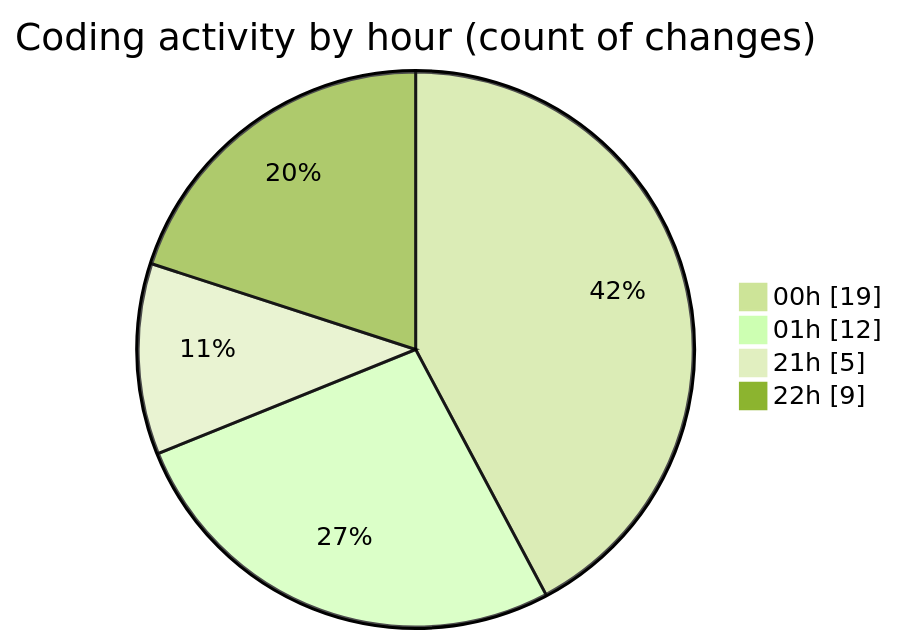
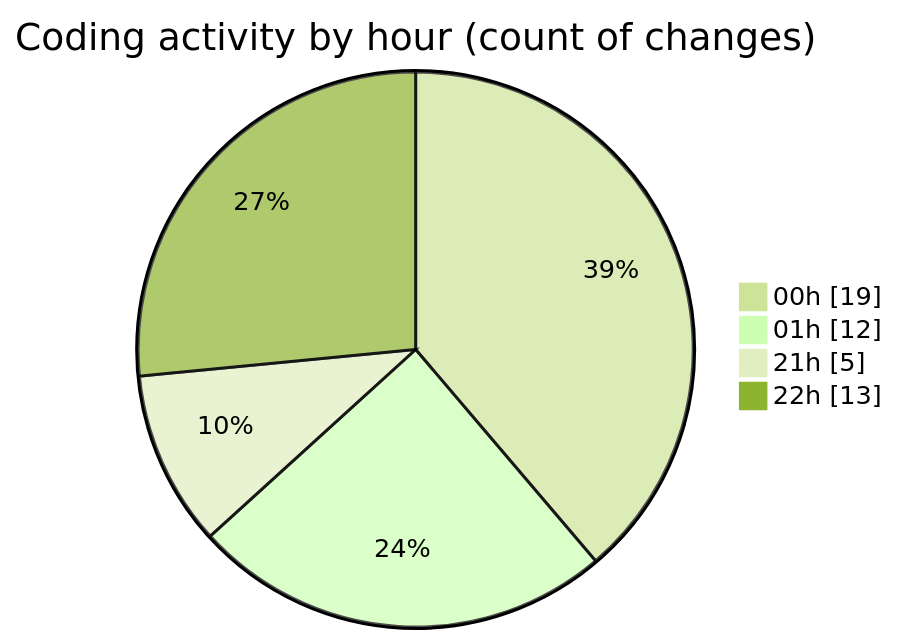
One commit to hasnaa123/code-tracking changed the second of 2 diagrams in 2025-12-11/technologie_web/README.md. Above: the diagram before and after it, drawn with Mermaid (forest theme). The commit also changed other lines of this file and 1 other file, not shown here.

````diff
--- a/2025-12-11/technologie_web/README.md
+++ b/2025-12-11/technologie_web/README.md
@@ -33,8 +33,8 @@
 ```mermaid
 pie showData
 title Coding activity by hour (count of changes)
 "00h" : 19
 "01h" : 12
 "21h" : 5
-"22h" : 9
+"22h" : 13
 ```
````
